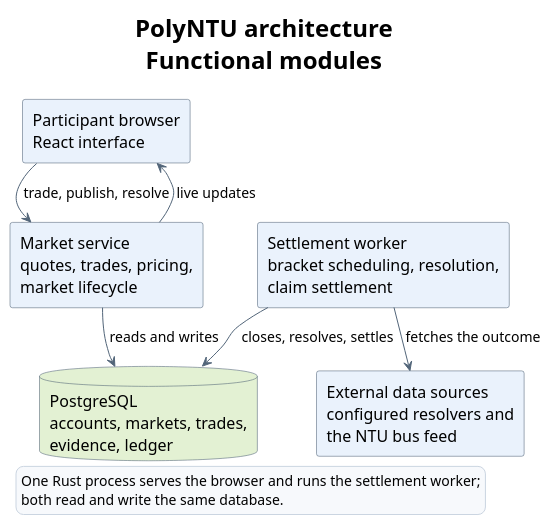
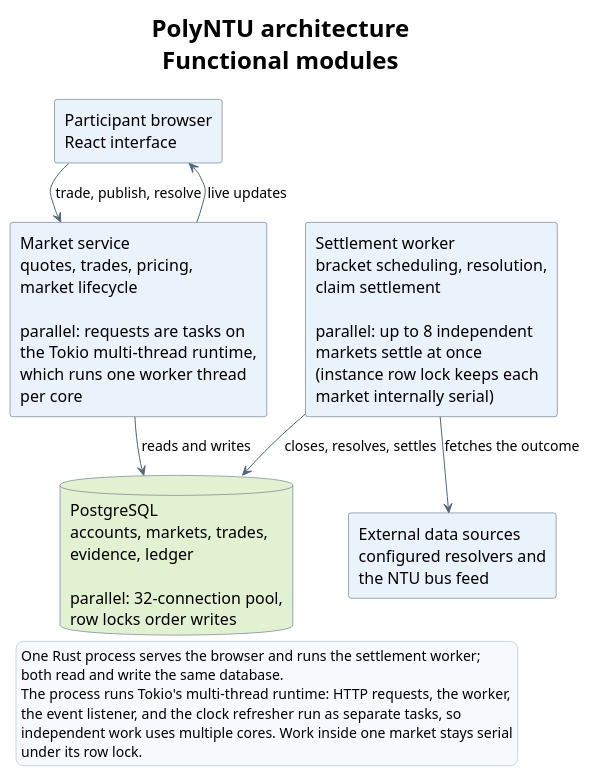
Before and after one commit to sagar2377/PolyNTU: the diagram in lab3/architecture-overview.puml, drawn with PlantUML. The commit also changed 3 other files, not shown here.

```diff
--- a/lab3/architecture-overview.puml
+++ b/lab3/architecture-overview.puml
@@ -1,41 +1,45 @@
 @startuml
 !pragma layout smetana
 hide circle
 hide empty members
 skinparam shadowing false
 skinparam backgroundColor #FFFFFF
 skinparam defaultFontName Arial
 skinparam defaultFontSize 16
 skinparam classAttributeIconSize 0
 skinparam componentStyle rectangle
 skinparam componentBorderColor #40546A
 skinparam componentBackgroundColor #EAF2FC
 skinparam databaseBackgroundColor #E3F1D3
 skinparam databaseBorderColor #40546A
 skinparam ArrowColor #526579
 skinparam ArrowFontSize 14
 skinparam nodesep 60
 skinparam ranksep 70
 skinparam titleFontSize 24
 skinparam legendBackgroundColor #F7F9FC
 skinparam legendBorderColor #CBD5E1
 
 title PolyNTU architecture\nFunctional modules
 
 component "Participant browser\nReact interface" as Browser
-component "Market service\nquotes, trades, pricing,\nmarket lifecycle" as Service
-component "Settlement worker\nbracket scheduling, resolution,\nclaim settlement" as Worker
-database "PostgreSQL\naccounts, markets, trades,\nevidence, ledger" as Db
+component "Market service\nquotes, trades, pricing,\nmarket lifecycle\n\nparallel: requests are tasks on\nthe Tokio multi-thread runtime,\nwhich runs one worker thread\nper core" as Service
+component "Settlement worker\nbracket scheduling, resolution,\nclaim settlement\n\nparallel: up to 8 independent\nmarkets settle at once\n(instance row lock keeps each\nmarket internally serial)" as Worker
+database "PostgreSQL\naccounts, markets, trades,\nevidence, ledger\n\nparallel: 32-connection pool,\nrow locks order writes" as Db
 component "External data sources\nconfigured resolvers and\nthe NTU bus feed" as Sources
 
 Browser --> Service : trade, publish, resolve
 Service --> Browser : live updates
 Service --> Db : reads and writes
 Worker --> Db : closes, resolves, settles
 Worker --> Sources : fetches the outcome
 
 legend bottom left
   One Rust process serves the browser and runs the settlement worker;
   both read and write the same database.
+  The process runs Tokio's multi-thread runtime: HTTP requests, the worker,
+  the event listener, and the clock refresher run as separate tasks, so
+  independent work uses multiple cores. Work inside one market stays serial
+  under its row lock.
 endlegend
 @enduml
```
